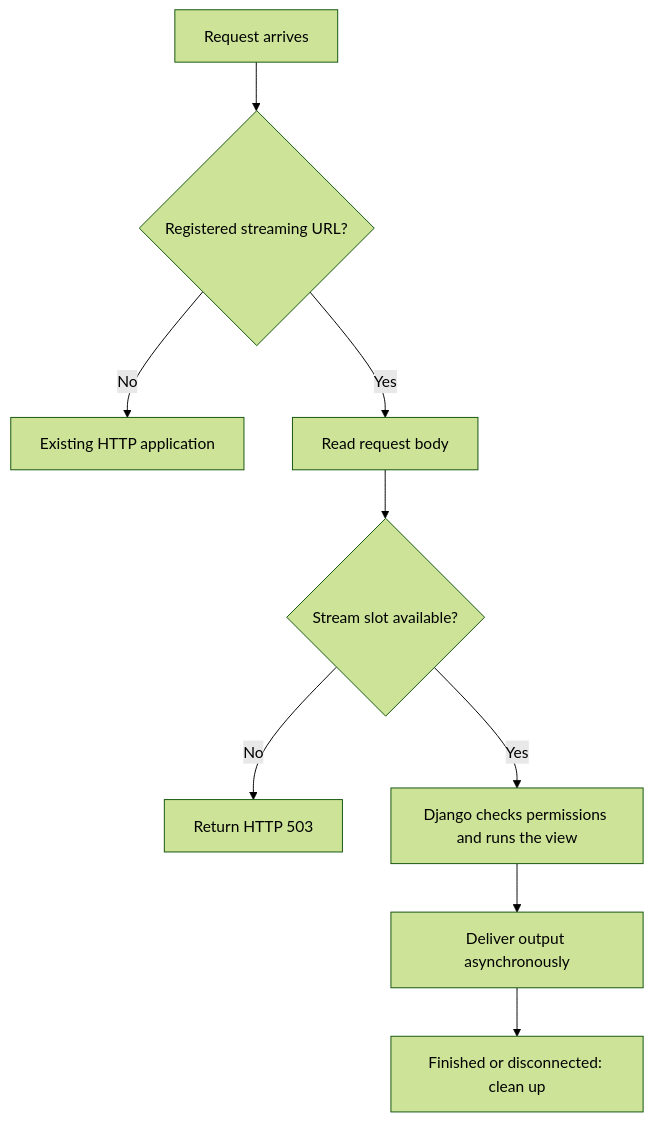
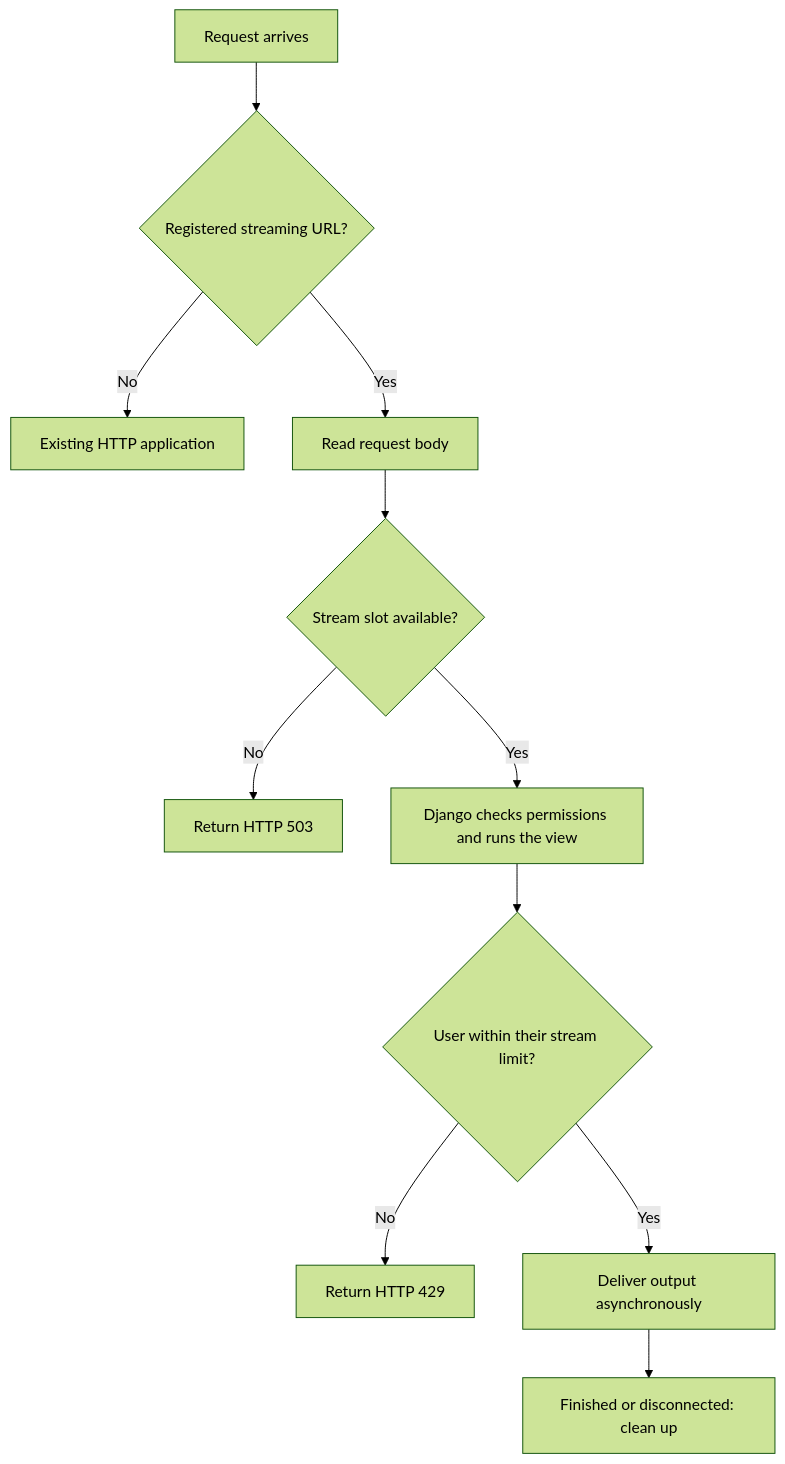
The second of 2 diagrams in docs/development/background-chat-runs.md (baserow/baserow), drawn with Mermaid (forest theme) before and after one commit. The commit also changed other lines of this file and 5 other files, not shown here.

````diff
--- a/docs/development/background-chat-runs.md
+++ b/docs/development/background-chat-runs.md
@@ -192,11 +192,13 @@
 ```mermaid
 flowchart TD
     A[Request arrives] --> B{Registered streaming URL?}
     B -->|No| C[Existing HTTP application]
     B -->|Yes| D[Read request body]
     D --> E{Stream slot available?}
     E -->|No| F[Return HTTP 503]
     E -->|Yes| G[Django checks permissions and runs the view]
-    G --> H[Deliver output asynchronously]
+    G --> J{User within their stream limit?}
+    J -->|No| K[Return HTTP 429]
+    J -->|Yes| H[Deliver output asynchronously]
     H --> I[Finished or disconnected: clean up]
 ```
````
